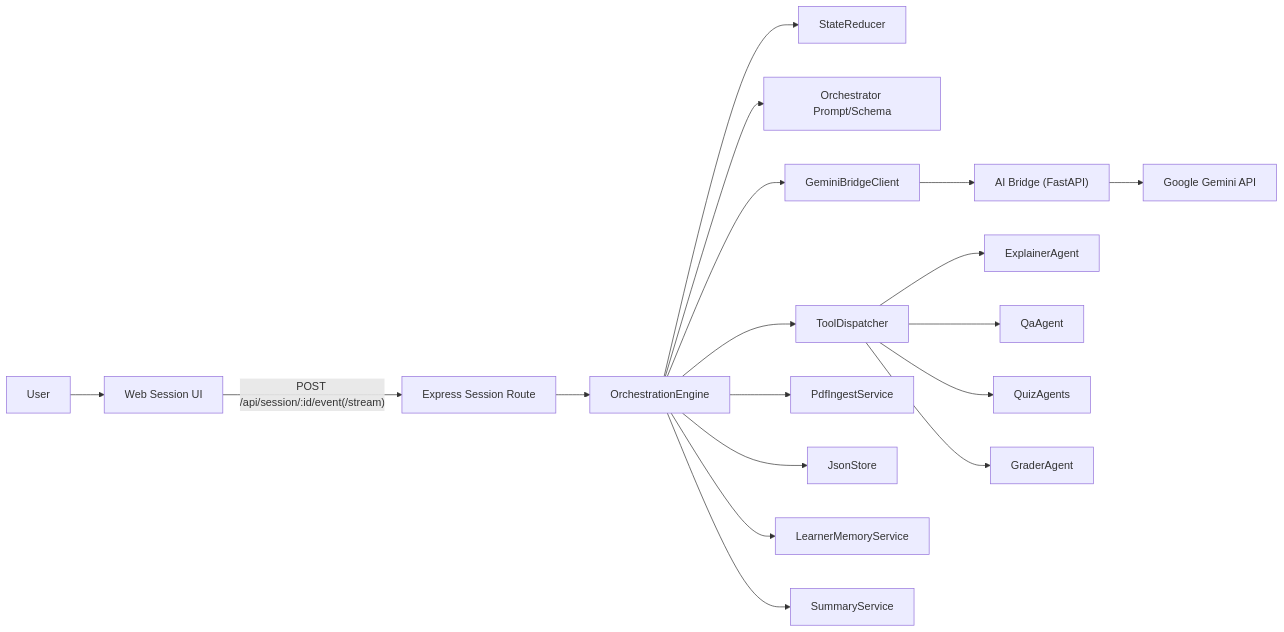
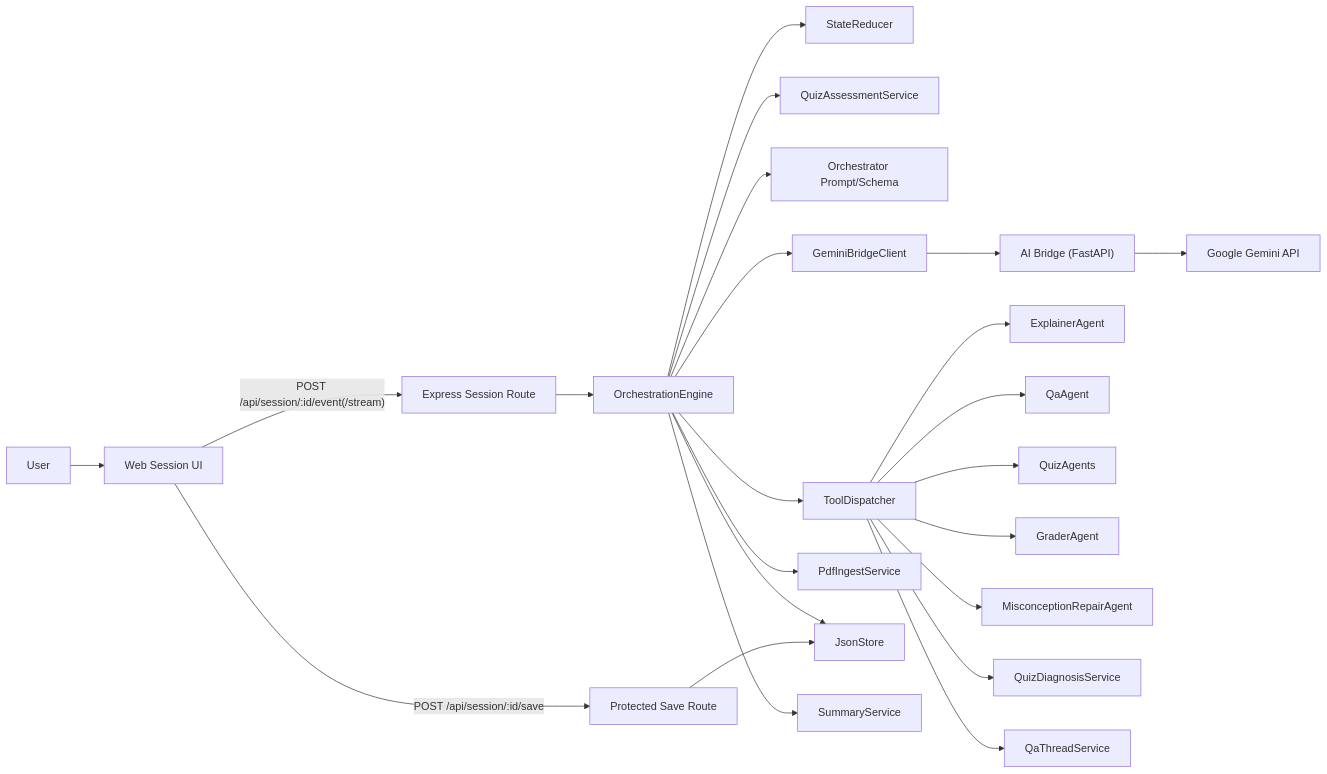
Before and after one commit to uou-capstone/UOU_Capstone_Design_AI: the first of 2 diagrams in MergeEduAgentFull/capstone-study-docs/AGENT_ORCHESTRATION_DESIGN.md, drawn with Mermaid. The commit also changed other lines of this file and 94 other files, not shown here.

````diff
--- a/MergeEduAgentFull/capstone-study-docs/AGENT_ORCHESTRATION_DESIGN.md
+++ b/MergeEduAgentFull/capstone-study-docs/AGENT_ORCHESTRATION_DESIGN.md
@@ -32,20 +34,25 @@
 ```mermaid
 flowchart LR
   U["User"] --> W["Web Session UI"]
   W -->|"POST /api/session/:id/event(/stream)"| S["Express Session Route"]
+  W -->|"POST /api/session/:id/save"| SS["Protected Save Route"]
   S --> E["OrchestrationEngine"]
   E --> R["StateReducer"]
+  E --> QA2["QuizAssessmentService"]
   E --> O["Orchestrator Prompt/Schema"]
   E --> G["GeminiBridgeClient"]
   G --> B["AI Bridge (FastAPI)"]
   B --> GM["Google Gemini API"]
   E --> D["ToolDispatcher"]
   D --> EX["ExplainerAgent"]
   D --> QA["QaAgent"]
   D --> QZ["QuizAgents"]
   D --> GR["GraderAgent"]
+  D --> MR["MisconceptionRepairAgent"]
+  D --> QD["QuizDiagnosisService"]
+  D --> QT["QaThreadService"]
   E --> P["PdfIngestService"]
   E --> J["JsonStore"]
-  E --> M["LearnerMemoryService"]
   E --> S2["SummaryService"]
+  SS --> J
 ```
````
